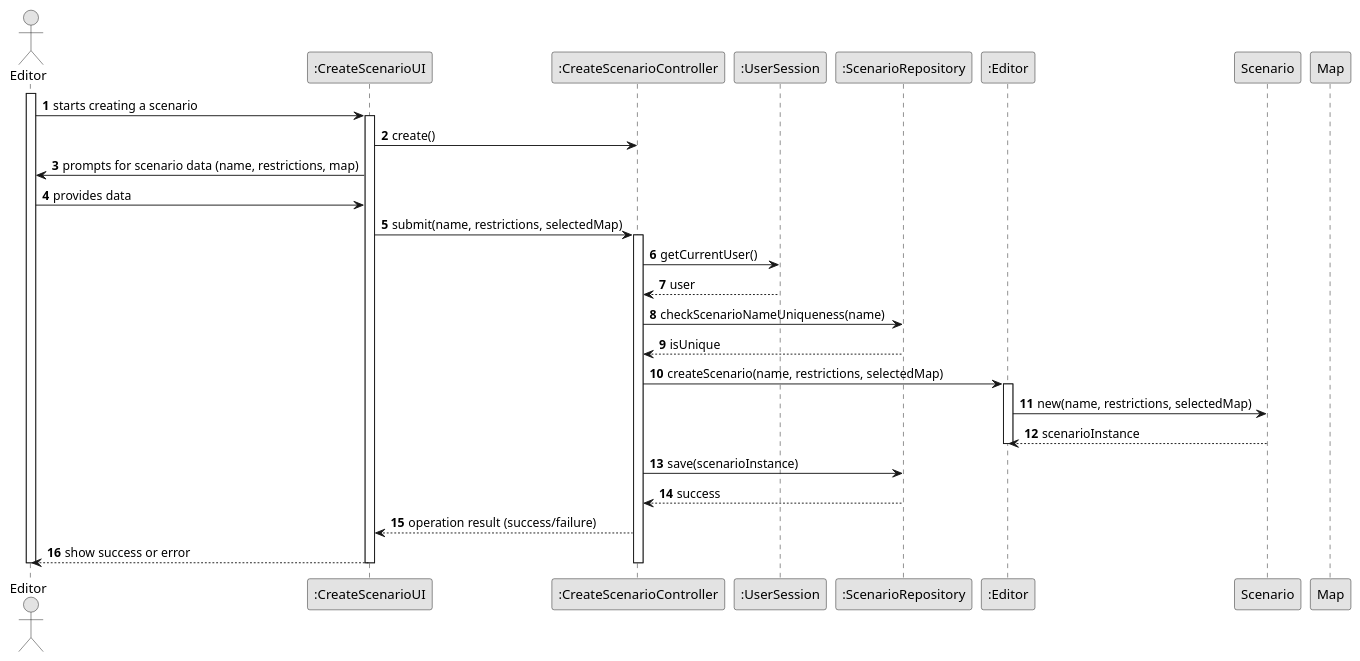
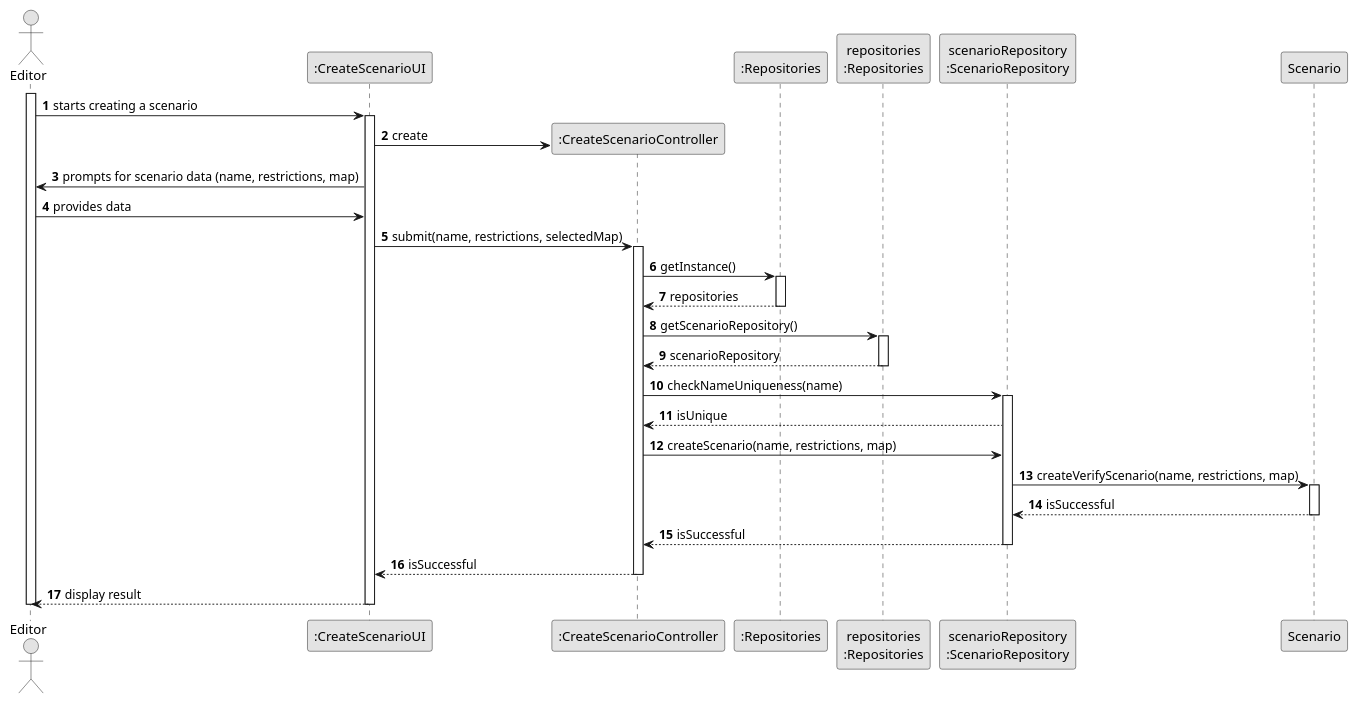
The diagram in docs/sprint2/us004/03.design/puml/us004-full-diagram.puml (ivasduarte/all-aboard), drawn with PlantUML before and after one commit.

Commit message:
US004(docs): Update of full diagram
- Addition of repository
- Changes in connections

```diff
--- a/docs/sprint2/us004/03.design/puml/us004-full-diagram.puml
+++ b/docs/sprint2/us004/03.design/puml/us004-full-diagram.puml
@@ -1,51 +1,62 @@
 @startuml
 skinparam monochrome true
 skinparam packageStyle rectangle
 skinparam shadowing false
 
 autonumber
 actor "Editor" as Editor
 participant ":CreateScenarioUI" as UI
 participant ":CreateScenarioController" as CTRL
-participant ":UserSession" as US
-participant ":ScenarioRepository" as Repo
-participant ":Editor" as EditorDom
+participant ":Repositories" as reps
+participant "repositories\n:Repositories" as PLAT
+participant "scenarioRepository\n:ScenarioRepository" as Repo
 participant "Scenario" as Scenario
-participant "Map" as Map
 
 activate Editor
 
 Editor -> UI : starts creating a scenario
 
 activate UI
-UI -> CTRL : create()
+UI -> CTRL** : create
 
 UI -> Editor : prompts for scenario data (name, restrictions, map)
 Editor -> UI : provides data
 UI -> CTRL : submit(name, restrictions, selectedMap)
 
 activate CTRL
 
-CTRL -> US : getCurrentUser()
-US --> CTRL : user
+CTRL -> reps : getInstance()
+activate reps
 
-CTRL -> Repo : checkScenarioNameUniqueness(name)
+reps --> CTRL : repositories
+deactivate reps
+
+CTRL -> PLAT : getScenarioRepository()
+activate PLAT
+
+PLAT --> CTRL : scenarioRepository
+deactivate PLAT
+
+CTRL -> Repo : checkNameUniqueness(name)
+activate Repo
+
 Repo --> CTRL : isUnique
+CTRL -> Repo : createScenario(name, restrictions, map)
 
-CTRL -> EditorDom : createScenario(name, restrictions, selectedMap)
-activate EditorDom
-EditorDom -> Scenario : new(name, restrictions, selectedMap)
-Scenario --> EditorDom : scenarioInstance
-deactivate EditorDom
+Repo -> Scenario : createVerifyScenario(name, restrictions, map)
+activate Scenario
 
-CTRL -> Repo : save(scenarioInstance)
-Repo --> CTRL : success
+Scenario --> Repo :isSuccessful
+deactivate Scenario
 
-CTRL --> UI : operation result (success/failure)
-UI --> Editor : show success or error
+Repo --> CTRL : isSuccessful
+deactivate Repo
 
+CTRL --> UI : isSuccessful
 deactivate CTRL
+
+UI --> Editor : display result
 deactivate UI
 deactivate Editor
 
 @enduml
```
